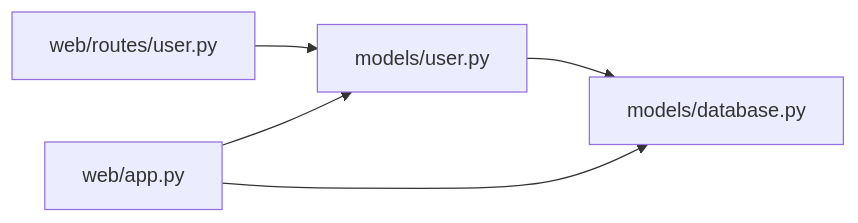
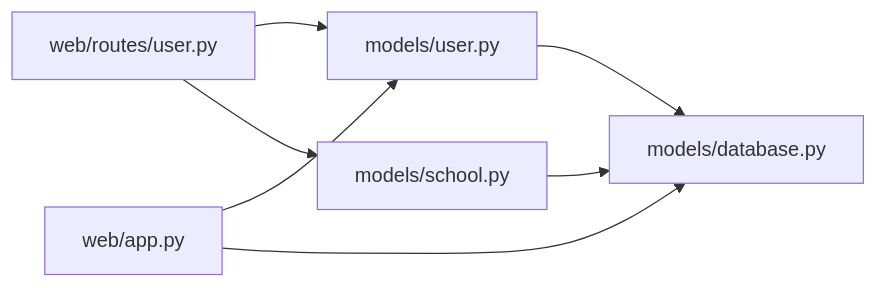
One commit to oreovan567-pixel/middle-platform-data-collector changed the ninth of 9 diagrams in .qoder/repowiki/zh/content/数据模型/用户模型.md. Above: the diagram before and after it, drawn with Mermaid. The commit also changed other lines of this file and 11 other files, not shown here.

````diff
--- a/.qoder/repowiki/zh/content/数据模型/用户模型.md
+++ b/.qoder/repowiki/zh/content/数据模型/用户模型.md
@@ -346,7 +409,9 @@
 ```mermaid
 graph LR
 ROUTE_USER["web/routes/user.py"] --> MODEL_USER["models/user.py"]
 WEB_APP["web/app.py"] --> MODEL_USER
 MODEL_USER --> DB_INIT["models/database.py"]
 WEB_APP --> DB_INIT
+MODEL_SCHOOL["models/school.py"] --> DB_INIT
+ROUTE_USER --> MODEL_SCHOOL
 ```
````
